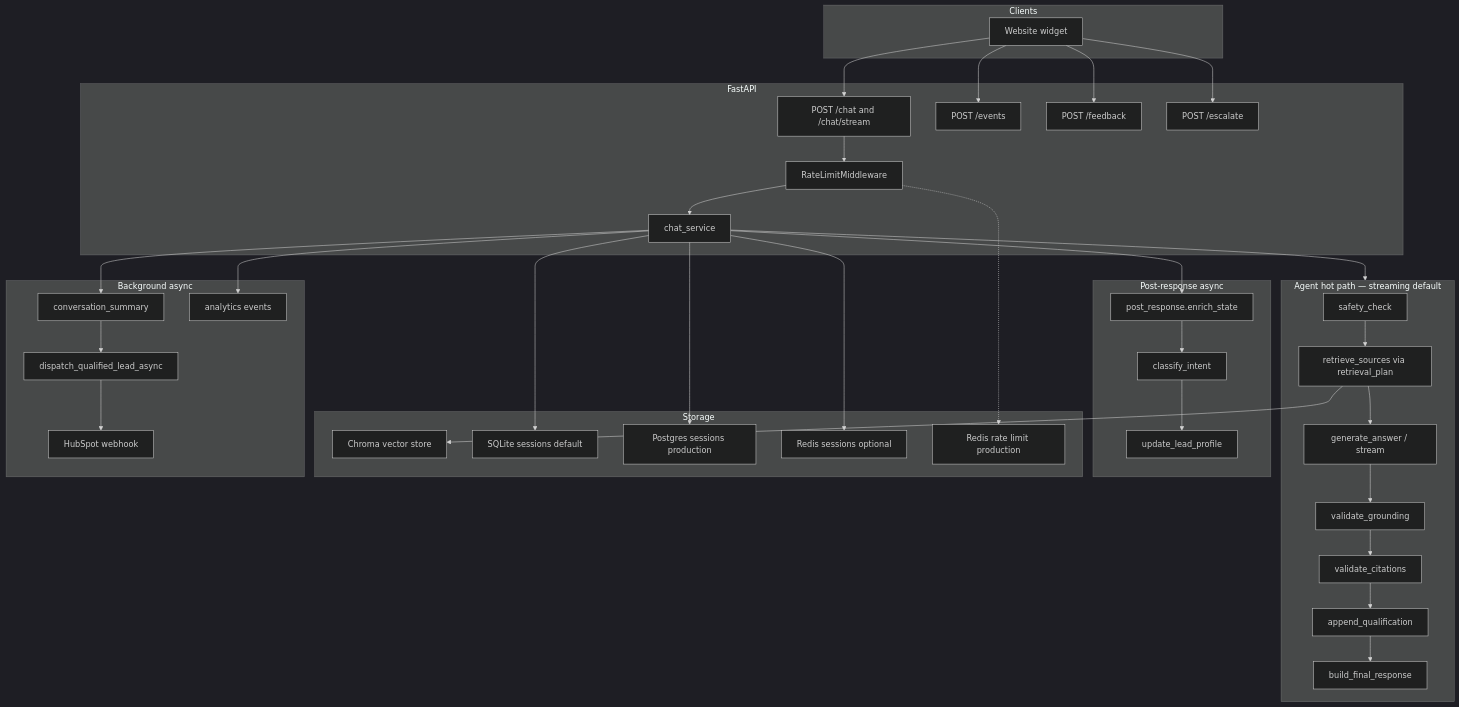
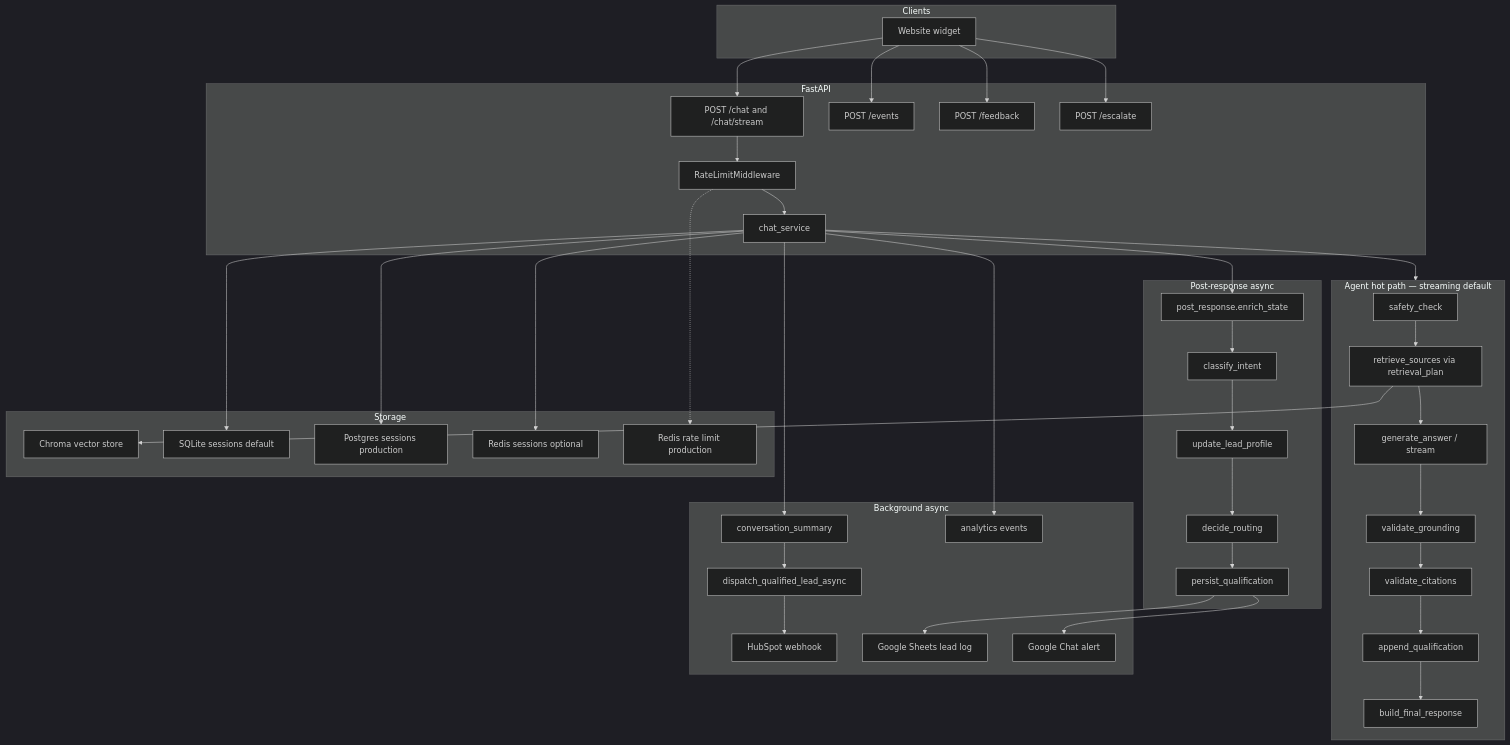
One commit to pranaya-mathur/help-assistant changed the first of 4 diagrams in README.md. Above: the diagram before and after it, drawn with Mermaid (dark theme). The commit also changed other lines of this file and 10 other files, not shown here.

First line of the commit message:
Sync docs and env templates with lead routing and Google integrations.

````diff
--- a/README.md
+++ b/README.md
@@ -7,66 +7,72 @@
 ```mermaid
 flowchart TB
   subgraph clients [Clients]
     Widget["Website widget"]
   end
 
   subgraph api [FastAPI]
     ChatRoutes["POST /chat and /chat/stream"]
     EventRoutes["POST /events"]
     FeedbackRoute["POST /feedback"]
     EscalateRoute["POST /escalate"]
     RateLimit["RateLimitMiddleware"]
     ChatService["chat_service"]
   end
 
   subgraph agent [Agent hot path — streaming default]
     Safety["safety_check"]
     Retrieve["retrieve_sources via retrieval_plan"]
     Generate["generate_answer / stream"]
     Ground["validate_grounding"]
     Citations["validate_citations"]
     Qualify["append_qualification"]
     Final["build_final_response"]
     Safety --> Retrieve --> Generate --> Ground --> Citations --> Qualify --> Final
   end
 
   subgraph post [Post-response async]
     Enrich["post_response.enrich_state"]
     Intent["classify_intent"]
     Profile["update_lead_profile"]
-    Enrich --> Intent --> Profile
+    Route["decide_routing"]
+    Persist["persist_qualification"]
+    Enrich --> Intent --> Profile --> Route --> Persist
   end
 
   subgraph storage [Storage]
     Chroma["Chroma vector store"]
     SessionSQLite["SQLite sessions default"]
     SessionPostgres["Postgres sessions production"]
     SessionRedis["Redis sessions optional"]
     RedisRL["Redis rate limit production"]
   end
 
   subgraph async [Background async]
     Summary["conversation_summary"]
     CRM["dispatch_qualified_lead_async"]
     HubSpot["HubSpot webhook"]
+    Sheets["Google Sheets lead log"]
+    ChatAlert["Google Chat alert"]
     Analytics["analytics events"]
   end
 
   Widget --> ChatRoutes
   Widget --> EventRoutes
   Widget --> FeedbackRoute
   Widget --> EscalateRoute
   ChatRoutes --> RateLimit
   RateLimit --> ChatService
   RateLimit -.-> RedisRL
   ChatService --> agent
   Retrieve --> Chroma
   ChatService --> SessionSQLite
   ChatService --> SessionPostgres
   ChatService --> SessionRedis
   ChatService --> Enrich
+  Persist --> Sheets
+  Persist --> ChatAlert
   ChatService --> Summary
   Summary --> CRM
   CRM --> HubSpot
   ChatService --> Analytics
 ```
````
